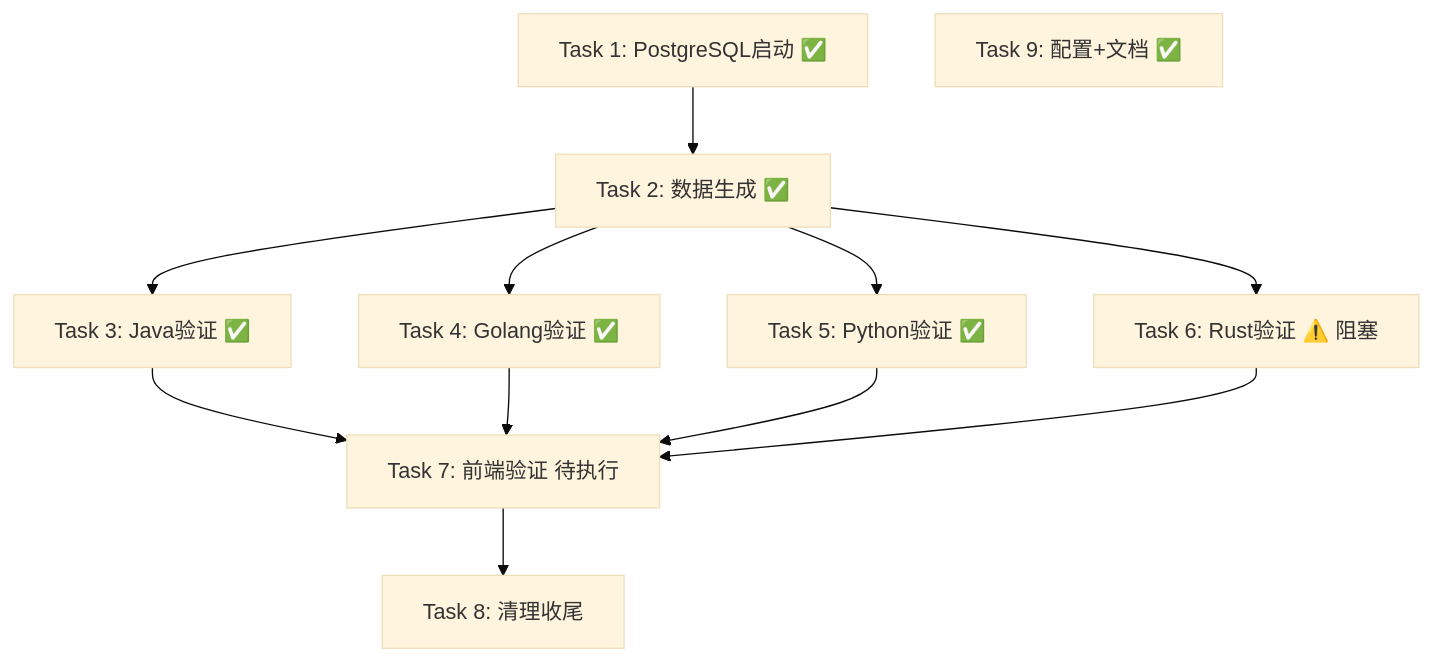
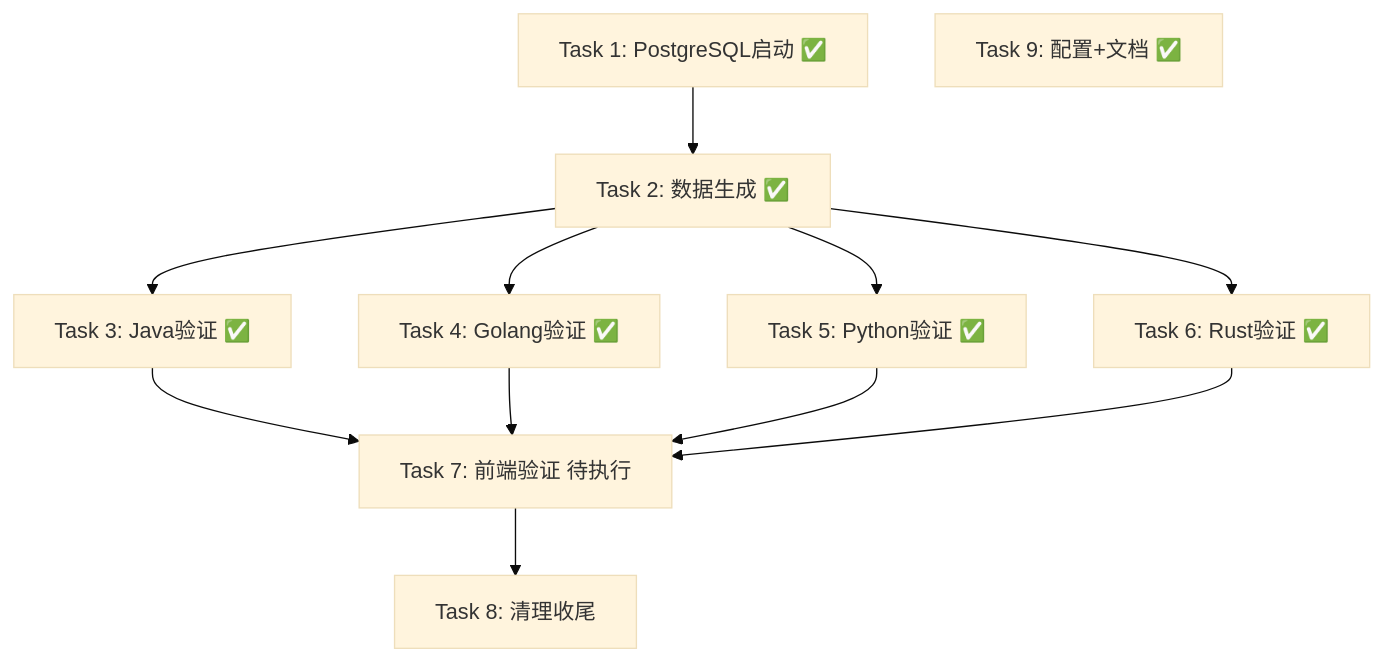
One commit to HYKINGDOM/benchmark-IO changed the diagram in .trae/specs/docker-verification/tasks.md. Above: the diagram before and after it, drawn with Mermaid (base theme). The commit also changed other lines of this file and 10 other files, not shown here.

````diff
--- a/.trae/specs/docker-verification/tasks.md
+++ b/.trae/specs/docker-verification/tasks.md
@@ -84,14 +105,14 @@
 ```mermaid
 graph TD
     T1[Task 1: PostgreSQL启动 ✅] --> T2[Task 2: 数据生成 ✅]
     T2 --> T3[Task 3: Java验证 ✅]
     T2 --> T4[Task 4: Golang验证 ✅]
     T2 --> T5[Task 5: Python验证 ✅]
-    T2 --> T6[Task 6: Rust验证 ⚠️ 阻塞]
+    T2 --> T6[Task 6: Rust验证 ✅]
     T3 --> T7[Task 7: 前端验证 待执行]
     T4 --> T7
     T5 --> T7
     T6 --> T7
     T7 --> T8[Task 8: 清理收尾]
     T9[Task 9: 配置+文档 ✅]
 ```
````
